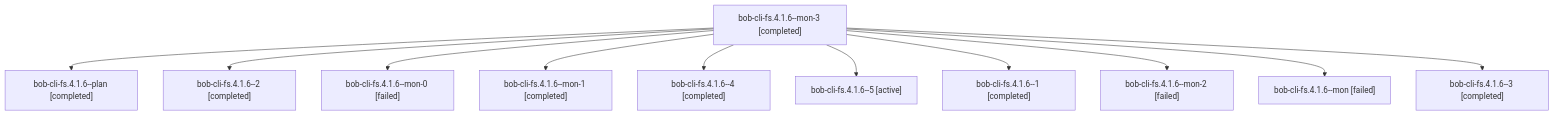
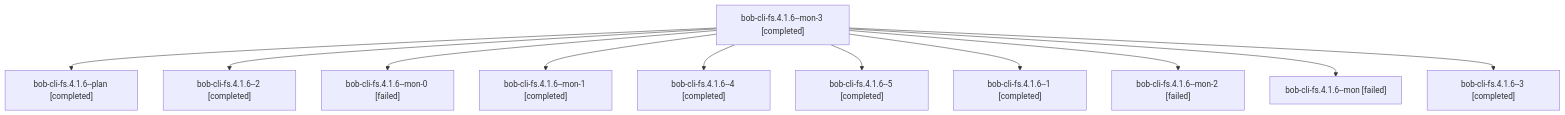
One commit to bobs-org/bob-cli--agents changed the diagram in sessions/bbugyi200.athena.bob-cli-fs.4.1.6.md. Above: the diagram before and after it, drawn with Mermaid. The commit also changed other lines of this file and 74 other files, not shown here.

````diff
--- a/sessions/bbugyi200.athena.bob-cli-fs.4.1.6.md
+++ b/sessions/bbugyi200.athena.bob-cli-fs.4.1.6.md
@@ -9,24 +9,24 @@
 ```mermaid
 flowchart TD
   n0["bob-cli-fs.4.1.6--mon-3 [completed]"]
   n1["bob-cli-fs.4.1.6--plan [completed]"]
   n0 --> n1
   n2["bob-cli-fs.4.1.6--2 [completed]"]
   n0 --> n2
   n3["bob-cli-fs.4.1.6--mon-0 [failed]"]
   n0 --> n3
   n4["bob-cli-fs.4.1.6--mon-1 [completed]"]
   n0 --> n4
   n5["bob-cli-fs.4.1.6--4 [completed]"]
   n0 --> n5
-  n6["bob-cli-fs.4.1.6--5 [active]"]
+  n6["bob-cli-fs.4.1.6--5 [completed]"]
   n0 --> n6
   n7["bob-cli-fs.4.1.6--1 [completed]"]
   n0 --> n7
   n8["bob-cli-fs.4.1.6--mon-2 [failed]"]
   n0 --> n8
   n9["bob-cli-fs.4.1.6--mon [failed]"]
   n0 --> n9
   n10["bob-cli-fs.4.1.6--3 [completed]"]
   n0 --> n10
 ```
````
